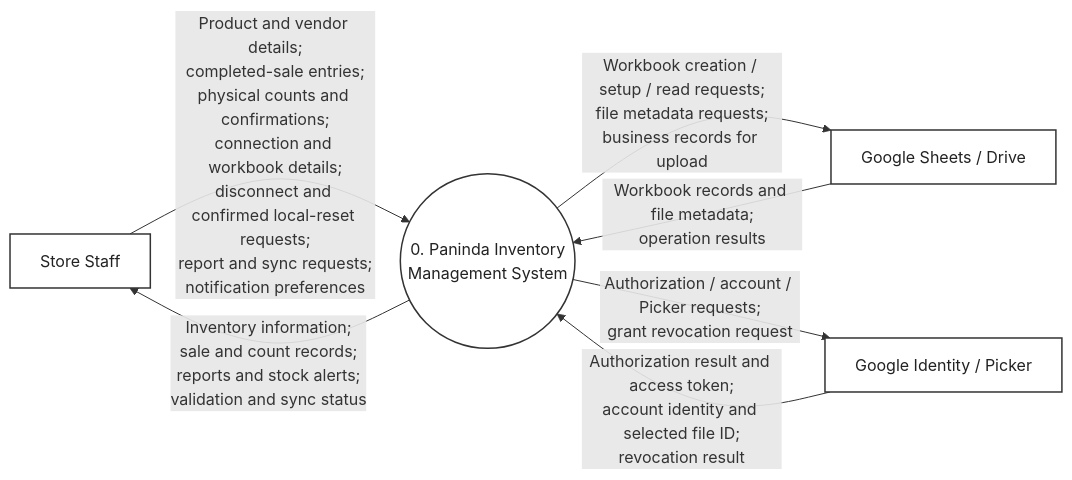
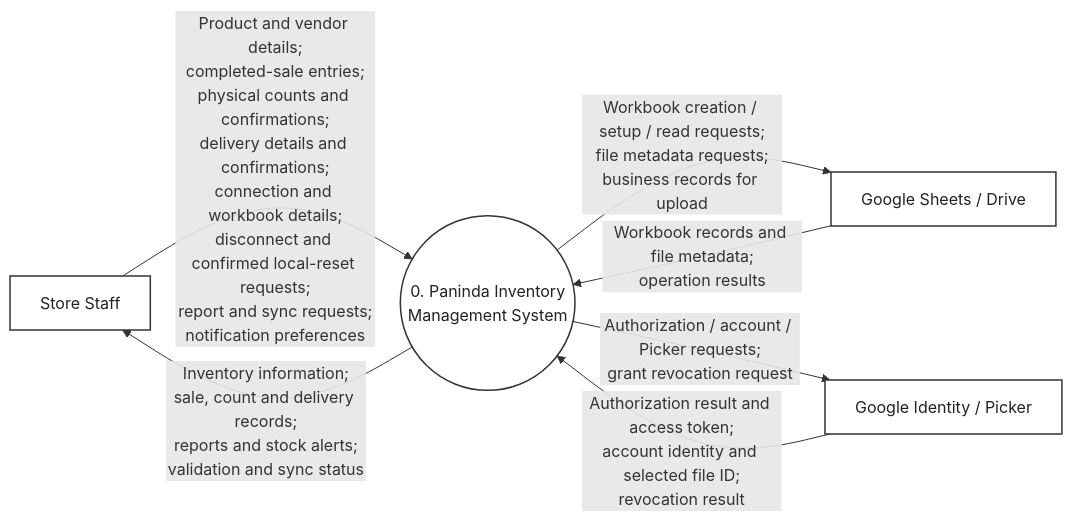
One commit to wmcbtech30/pnd-swe changed the diagram in docs/diagrams/dfd-level-0-context.mmd. Above: the diagram before and after it, drawn with Mermaid. The commit also changed 36 other files, not shown here.

Commit message:
Add stock receiving and consistent Management spacing

```diff
--- a/docs/diagrams/dfd-level-0-context.mmd
+++ b/docs/diagrams/dfd-level-0-context.mmd
@@ -1,32 +1,32 @@
 %% Paninda — Level 0 DFD (Context Diagram)
 %% Purpose: editable source/specification for visualizing the implemented system.
 %% AI AGENT INSTRUCTIONS:
 %% - If asked to visualize in draw.io, use its connector and read its reference first.
 %% - Draw Staff, Sheets and Google as plain, square-cornered external-entity rectangles.
 %% - Draw Paninda as ONE circular process numbered 0 (equal width/height in draw.io).
 %% - All descriptions between arrow delimiters are connector labels, NEVER extra boxes.
 %% - Use separate directed connectors for input and output. Preserve arrow directions.
 %% - Do not add internal processes, databases, Room, or device preferences at Level 0.
-%% - Do not add receiving, payment processing, staff roles, or other pending features.
+%% - Do not add payment processing, staff roles, or other pending features.
 %% - Keep the external data flows balanced with dfd-level-1.mmd.
 %% - Export as SVG for a paper; avoid overlapping labels, nodes and connectors.
 
 flowchart LR
     Staff["Store Staff"]
     Sheets["Google Sheets / Drive"]
     Google["Google Identity / Picker"]
     Paninda(("0. Paninda Inventory<br/>Management System"))
 
-    Staff -->|"Product and vendor details;<br/>completed-sale entries;<br/>physical counts and confirmations;<br/>connection and workbook details;<br/>disconnect and confirmed local-reset requests;<br/>report and sync requests;<br/>notification preferences"| Paninda
-    Paninda -->|"Inventory information;<br/>sale and count records;<br/>reports and stock alerts;<br/>validation and sync status"| Staff
+    Staff -->|"Product and vendor details;<br/>completed-sale entries;<br/>physical counts and confirmations;<br/>delivery details and confirmations;<br/>connection and workbook details;<br/>disconnect and confirmed local-reset requests;<br/>report and sync requests;<br/>notification preferences"| Paninda
+    Paninda -->|"Inventory information;<br/>sale, count and delivery records;<br/>reports and stock alerts;<br/>validation and sync status"| Staff
 
     Paninda -->|"Workbook creation / setup / read requests;<br/>file metadata requests;<br/>business records for upload"| Sheets
     Sheets -->|"Workbook records and file metadata;<br/>operation results"| Paninda
 
     Paninda -->|"Authorization / account / Picker requests;<br/>grant revocation request"| Google
     Google -->|"Authorization result and access token;<br/>account identity and selected file ID;<br/>revocation result"| Paninda
 
     classDef entity fill:#ffffff,stroke:#333333,color:#222222,stroke-width:1.5px;
     classDef process fill:#ffffff,stroke:#333333,color:#222222,stroke-width:1.5px;
     class Staff,Sheets,Google entity;
     class Paninda process;
```
